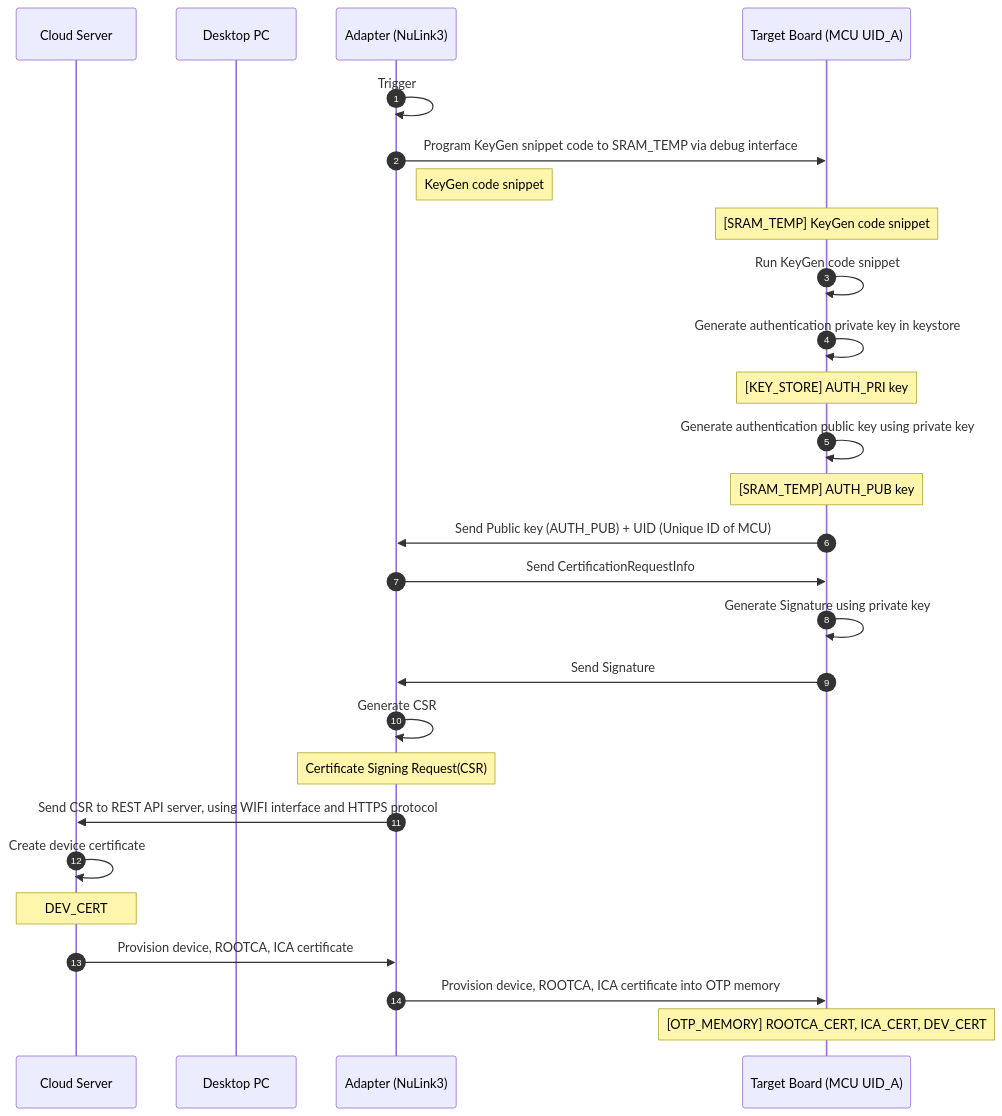
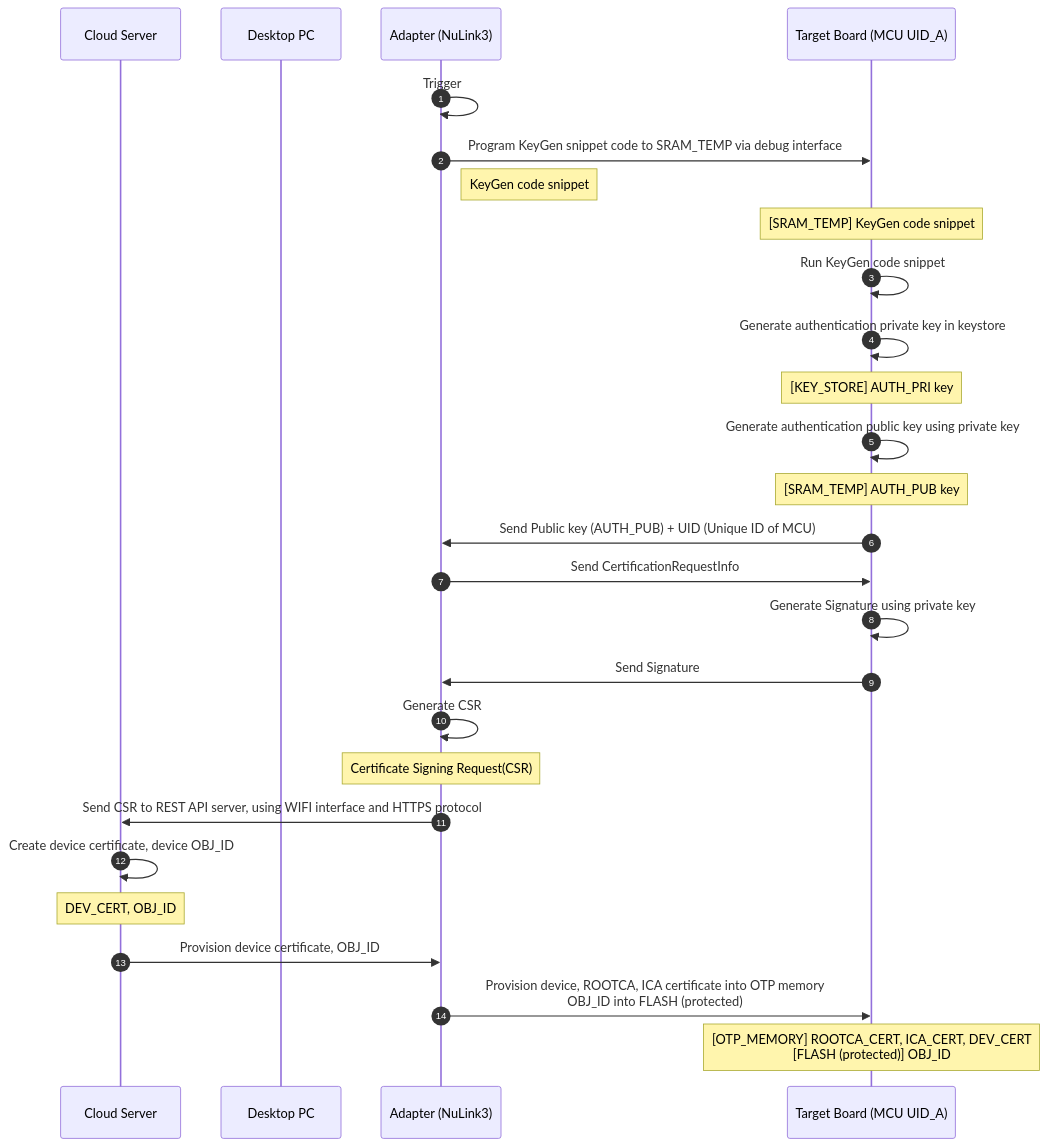
The diagram in 4. device_authentication_provision.md (ccma1120/NuSEC_System), drawn with Mermaid before and after one commit.

Commit message:
Update 4. device_authentication_provision.md

````diff
--- a/4. device_authentication_provision.md
+++ b/4. device_authentication_provision.md
@@ -1,29 +1,29 @@
 ```mermaid
 sequenceDiagram
     autonumber
     participant c as Cloud Server
     participant d as Desktop PC
     participant a as Adapter (NuLink3)
     participant t as Target Board (MCU UID_A)
     a ->> a : Trigger
     a ->> t : Program KeyGen snippet code to SRAM_TEMP via debug interface 
     Note right of a: KeyGen code snippet 
     Note over t: [SRAM_TEMP] KeyGen code snippet 
     t ->> t : Run KeyGen code snippet 
     t ->> t : Generate authentication private key in keystore
     Note over t: [KEY_STORE] AUTH_PRI key
     t ->> t : Generate authentication public key using private key 
     Note over t: [SRAM_TEMP] AUTH_PUB key
     t ->> a : Send Public key (AUTH_PUB) + UID (Unique ID of MCU)
     a ->> t : Send CertificationRequestInfo    
     t ->> t : Generate Signature using private key
     t ->> a : Send Signature
     a ->> a : Generate CSR
     Note over a: Certificate Signing Request(CSR)
     a ->> c : Send CSR to REST API server, using WIFI interface and HTTPS protocol
-    c ->> c : Create device certificate
-    Note over c: DEV_CERT
-    c ->> a : Provision device, ROOTCA, ICA certificate 
-    a ->> t : Provision device, ROOTCA, ICA certificate into OTP memory 
-    Note over t: [OTP_MEMORY] ROOTCA_CERT, ICA_CERT, DEV_CERT
+    c ->> c : Create device certificate, device OBJ_ID
+    Note over c: DEV_CERT, OBJ_ID
+    c ->> a : Provision device certificate, OBJ_ID
+    a ->> t : Provision device, ROOTCA, ICA certificate into OTP memory <br/>OBJ_ID into FLASH (protected)
+    Note over t: [OTP_MEMORY] ROOTCA_CERT, ICA_CERT, DEV_CERT <br/>[FLASH (protected)] OBJ_ID
 ```
````
